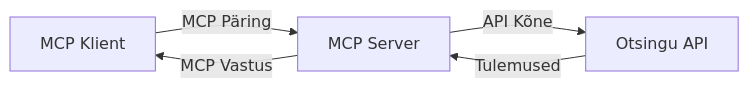
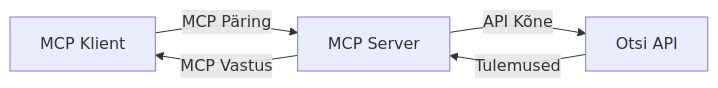
One commit to microsoft/mcp-for-beginners changed the second of 4 diagrams in translations/et/05-AdvancedTopics/mcp-realtimesearch/README.md. Above: the diagram before and after it, drawn with Mermaid. The commit also changed other lines of this file and 138 other files, not shown here.

````diff
--- a/translations/et/05-AdvancedTopics/mcp-realtimesearch/README.md
+++ b/translations/et/05-AdvancedTopics/mcp-realtimesearch/README.md
@@ -598,7 +600,7 @@
 ```mermaid
 graph LR
     Client[MCP Klient] --> |MCP Päring| Server[MCP Server]
-    Server --> |API Kõne| SearchAPI[Otsingu API]
+    Server --> |API Kõne| SearchAPI[Otsi API]
     SearchAPI --> |Tulemused| Server
     Server --> |MCP Vastus| Client
 ```
````
